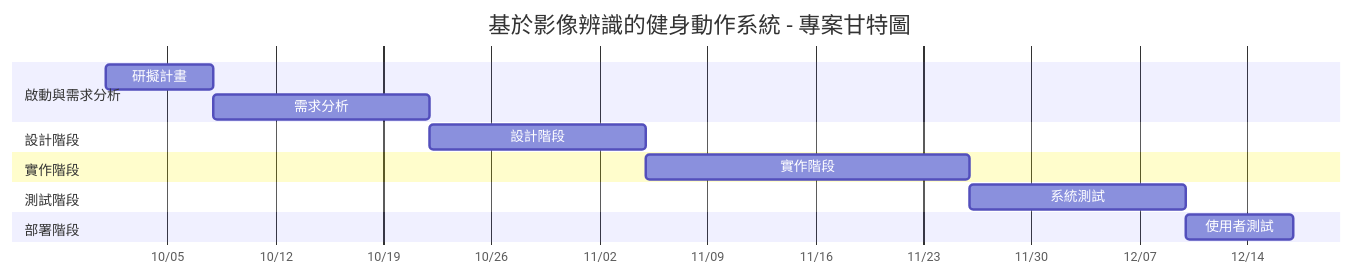
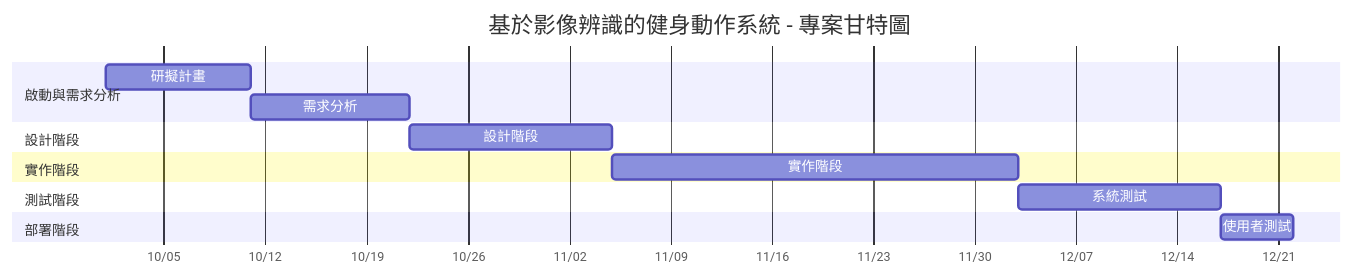
The diagram in 小組作業2.md (kyw012/team-project), drawn with Mermaid before and after one commit.

````diff
--- a/小組作業2.md
+++ b/小組作業2.md
@@ -15,17 +15,18 @@
 ```mermaid
 gantt
     title 基於影像辨識的健身動作系統 - 專案甘特圖
     dateFormat  YYYY-MM-DD
     axisFormat  %m/%d
     section 啟動與需求分析
-    研擬計畫    :init, 2025-10-01, 7d
-    需求分析 :req, after init, 14d
+    研擬計畫    :init, 2025-10-01, 10d
+    需求分析 :req, after init, 11d
     section 設計階段
     設計階段          :design, after req, 14d
     section 實作階段
-    實作階段        :impl, after design, 21d
+    實作階段        :impl, after design, 28d
     section 測試階段
     系統測試               :test, after impl, 14d
     section 部署階段
-    使用者測試            :deploy, after test, 7d
+    使用者測試            :deploy, after test, 5d
+
 ```
````
